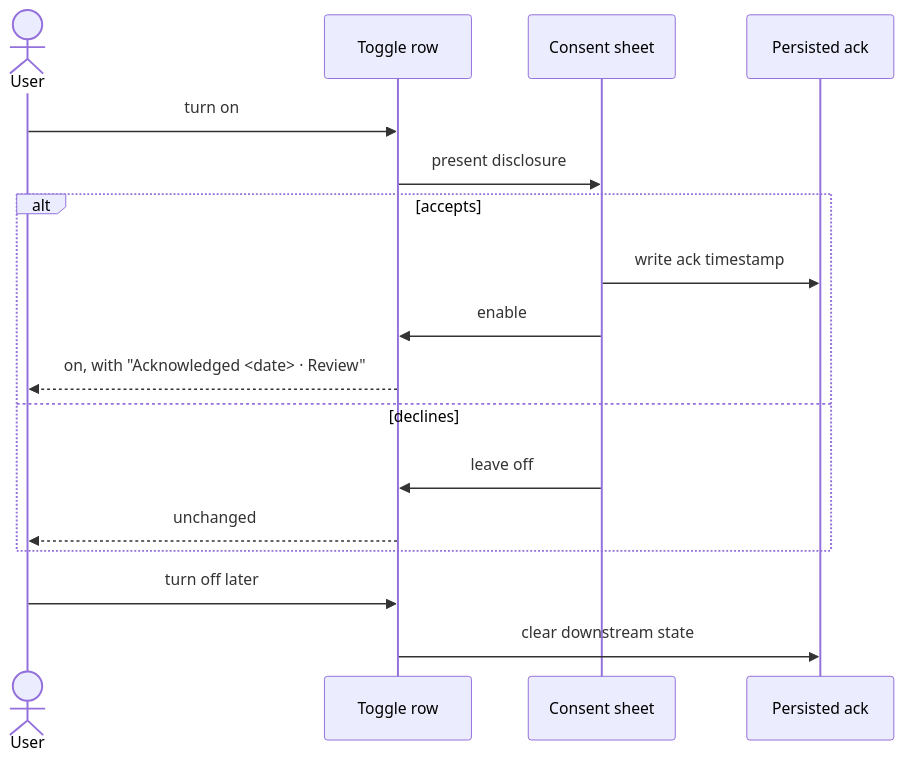
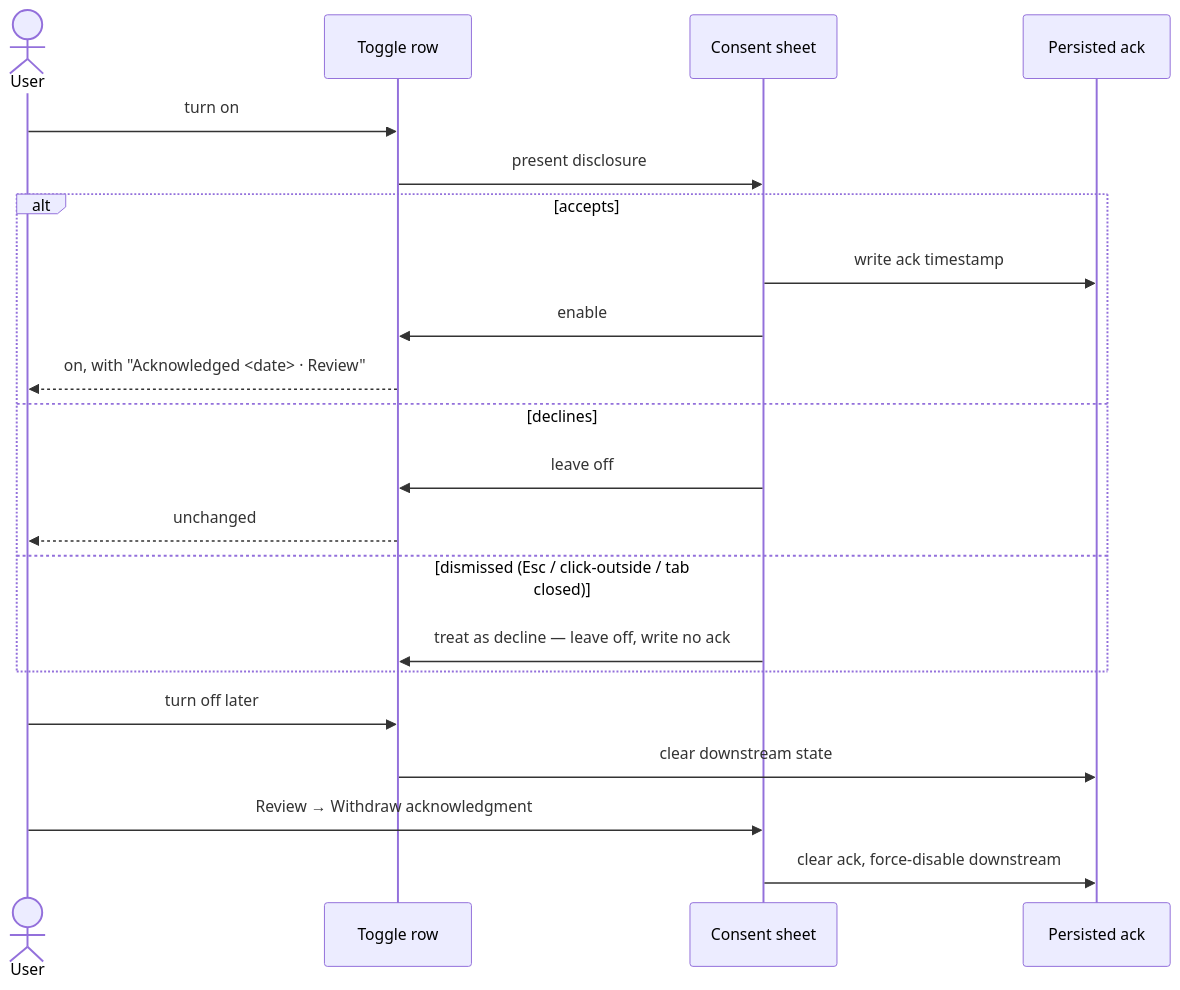
One commit to taihartman/obsidian-atoms changed the third of 3 diagrams in docs/plans/2026-08-05-003-feat-settings-row-grammar-plan.md. Above: the diagram before and after it, drawn with Mermaid. The commit also changed other lines of this file, not shown here.

First line of the commit message:
docs(plan): settings row grammar — apply ce-doc-review findings

````diff
--- a/docs/plans/2026-08-05-003-feat-settings-row-grammar-plan.md
+++ b/docs/plans/2026-08-05-003-feat-settings-row-grammar-plan.md
@@ -184,19 +208,23 @@
 ```mermaid
 sequenceDiagram
     actor U as User
     participant T as Toggle row
     participant S as Consent sheet
     participant P as Persisted ack
     U->>T: turn on
     T->>S: present disclosure
     alt accepts
         S->>P: write ack timestamp
         S->>T: enable
         T-->>U: on, with "Acknowledged <date> · Review"
     else declines
         S->>T: leave off
         T-->>U: unchanged
+    else dismissed (Esc / click-outside / tab closed)
+        S->>T: treat as decline — leave off, write no ack
     end
     U->>T: turn off later
     T->>P: clear downstream state
+    U->>S: Review → Withdraw acknowledgment
+    S->>P: clear ack, force-disable downstream
 ```
````
